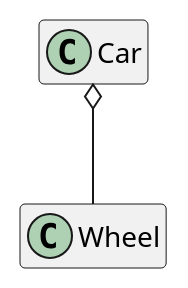
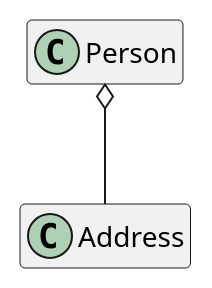
The third of 9 diagrams in plantuml/README.adoc (wicksome/TIL), drawn with PlantUML before and after one commit. The commit also changed other lines of this file, not shown here.

```diff
--- a/plantuml/README.adoc
+++ b/plantuml/README.adoc
@@ -223,12 +224,12 @@
 [plantuml]
 ....
 @startuml
 hide empty field
 hide empty method
 
-class Car
-class Wheel
+class Person
+class Address
 
-Car o-- Wheel
+Person o-- Address
 @enduml
 ....
```
